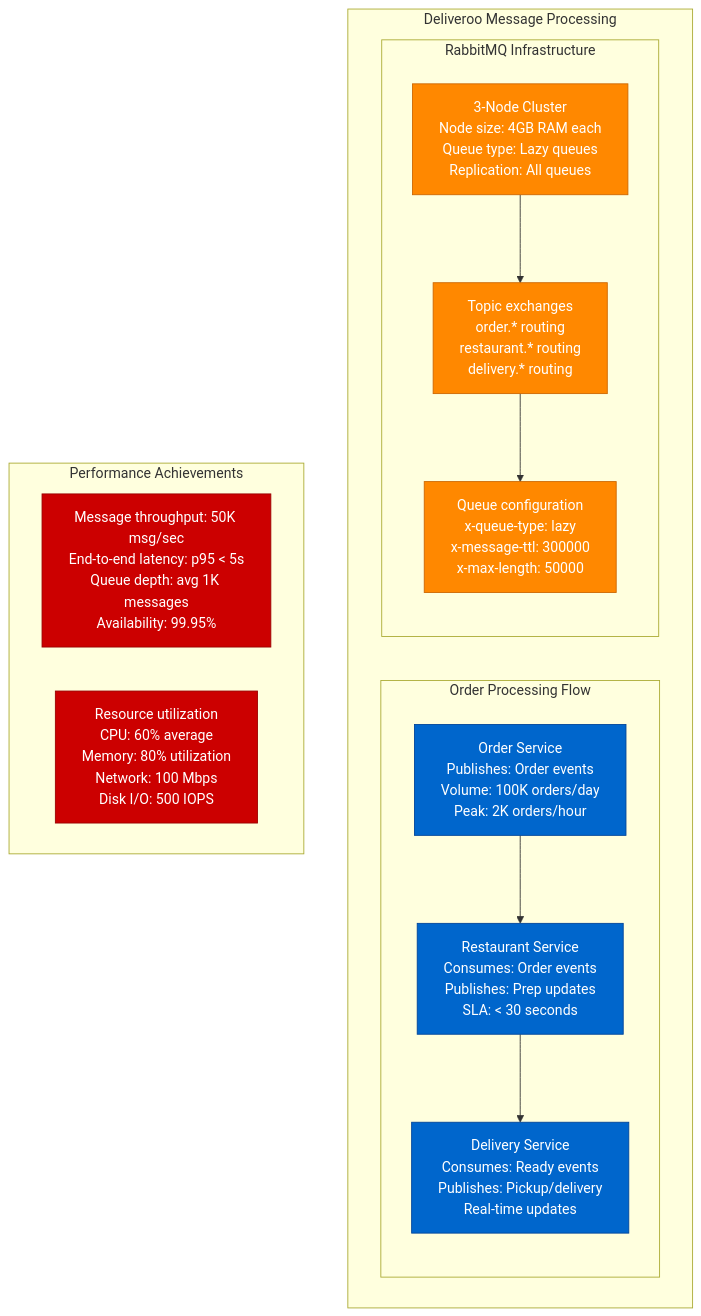
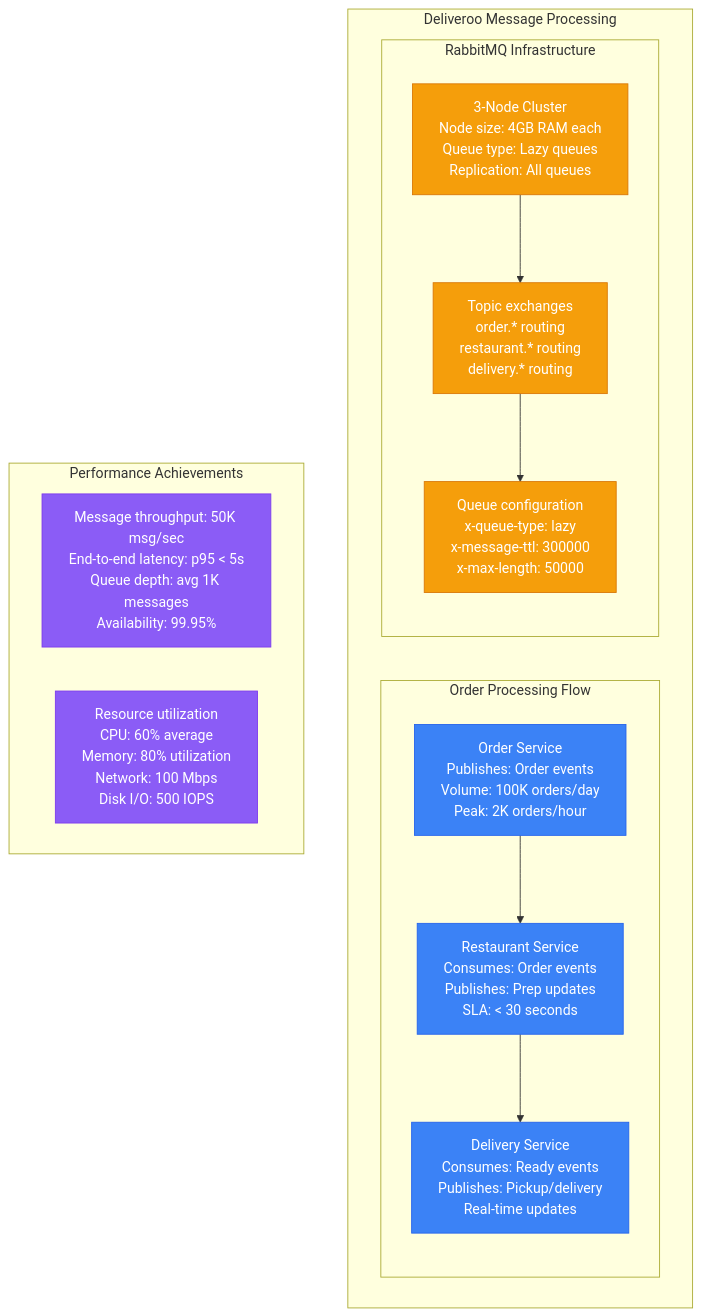
The tenth of 13 diagrams in site/docs/performance/rabbitmq-performance-profile.md (deepaucksharma/DS), drawn with Mermaid before and after one commit. The commit also changed other lines of this file and 303 other files, not shown here.

````diff
--- a/site/docs/performance/rabbitmq-performance-profile.md
+++ b/site/docs/performance/rabbitmq-performance-profile.md
@@ -386,39 +386,39 @@
 ```mermaid
 graph TB
     subgraph "Deliveroo Message Processing"
         subgraph "Order Processing Flow"
             ORDER[Order Service<br/>Publishes: Order events<br/>Volume: 100K orders/day<br/>Peak: 2K orders/hour]
 
             RESTAURANT[Restaurant Service<br/>Consumes: Order events<br/>Publishes: Prep updates<br/>SLA: < 30 seconds]
 
             DELIVERY[Delivery Service<br/>Consumes: Ready events<br/>Publishes: Pickup/delivery<br/>Real-time updates]
 
             ORDER --> RESTAURANT --> DELIVERY
         end
 
         subgraph "RabbitMQ Infrastructure"
             CLUSTER[3-Node Cluster<br/>Node size: 4GB RAM each<br/>Queue type: Lazy queues<br/>Replication: All queues]
 
             EXCHANGES[Topic exchanges<br/>order.* routing<br/>restaurant.* routing<br/>delivery.* routing]
 
             QUEUES[Queue configuration<br/>x-queue-type: lazy<br/>x-message-ttl: 300000<br/>x-max-length: 50000]
 
             CLUSTER --> EXCHANGES --> QUEUES
         end
     end
 
     subgraph "Performance Achievements"
         PERF1[Message throughput: 50K msg/sec<br/>End-to-end latency: p95 < 5s<br/>Queue depth: avg 1K messages<br/>Availability: 99.95%]
 
         PERF2[Resource utilization<br/>CPU: 60% average<br/>Memory: 80% utilization<br/>Network: 100 Mbps<br/>Disk I/O: 500 IOPS]
     end
 
-    classDef serviceStyle fill:#0066CC,stroke:#004499,color:#fff
-    classDef infraStyle fill:#FF8800,stroke:#CC6600,color:#fff
-    classDef configStyle fill:#00AA00,stroke:#007700,color:#fff
-    classDef perfStyle fill:#CC0000,stroke:#990000,color:#fff
+    classDef serviceStyle fill:#3B82F6,stroke:#2563EB,color:#fff
+    classDef infraStyle fill:#F59E0B,stroke:#D97706,color:#fff
+    classDef configStyle fill:#10B981,stroke:#059669,color:#fff
+    classDef perfStyle fill:#8B5CF6,stroke:#7C3AED,color:#fff
 
     class ORDER,RESTAURANT,DELIVERY serviceStyle
     class CLUSTER,EXCHANGES,QUEUES infraStyle
     class PERF1,PERF2 perfStyle
 ```
````
